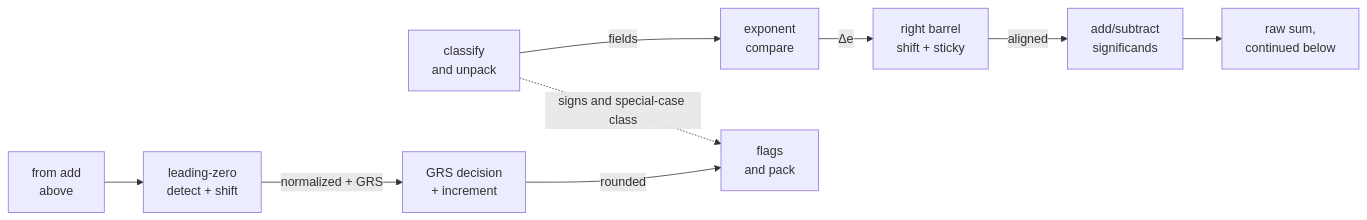
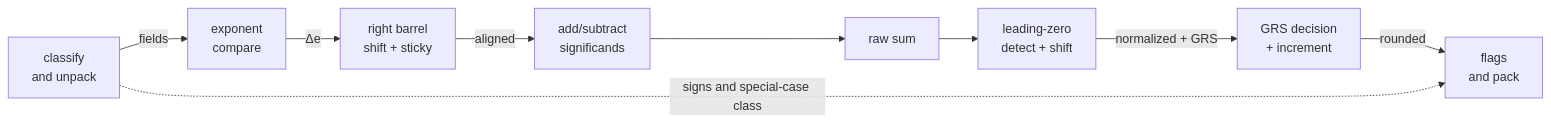
One commit to Wty2003328/silicon-design-notebook changed the third of 7 diagrams in 00_Fundamentals/04_Floating_Point.md. Above: the diagram before and after it, drawn with Mermaid. The commit also changed other lines of this file and 4 other files, not shown here.

````diff
--- a/00_Fundamentals/04_Floating_Point.md
+++ b/00_Fundamentals/04_Floating_Point.md
@@ -339,6 +346,6 @@
 ```mermaid
 flowchart LR
-  UN["classify<br/>and unpack"] -->|fields| CMP["exponent<br/>compare"] -->|Δe| SHR["right barrel<br/>shift + sticky"] -->|aligned| ADD["add/subtract<br/>significands"] --> RAW["raw sum,<br/>continued below"]
-  FA["from add<br/>above"] --> LZD["leading-zero<br/>detect + shift"] -->|normalized + GRS| RND["GRS decision<br/>+ increment"] -->|rounded| PACK["flags<br/>and pack"]
+  UN["classify<br/>and unpack"] -->|fields| CMP["exponent<br/>compare"] -->|Δe| SHR["right barrel<br/>shift + sticky"] -->|aligned| ADD["add/subtract<br/>significands"] --> RAW["raw sum"]
+  RAW --> LZD["leading-zero<br/>detect + shift"] -->|normalized + GRS| RND["GRS decision<br/>+ increment"] -->|rounded| PACK["flags<br/>and pack"]
   UN -.->|signs and special-case class| PACK
 ```
````
